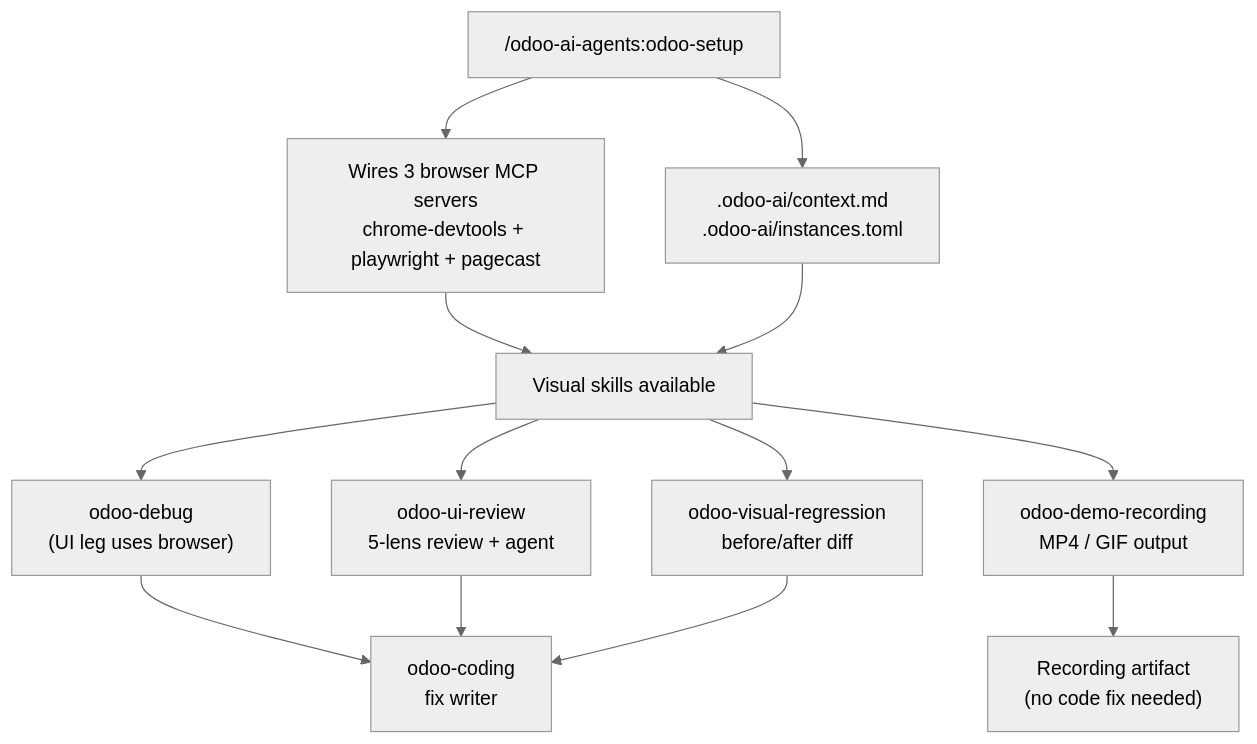
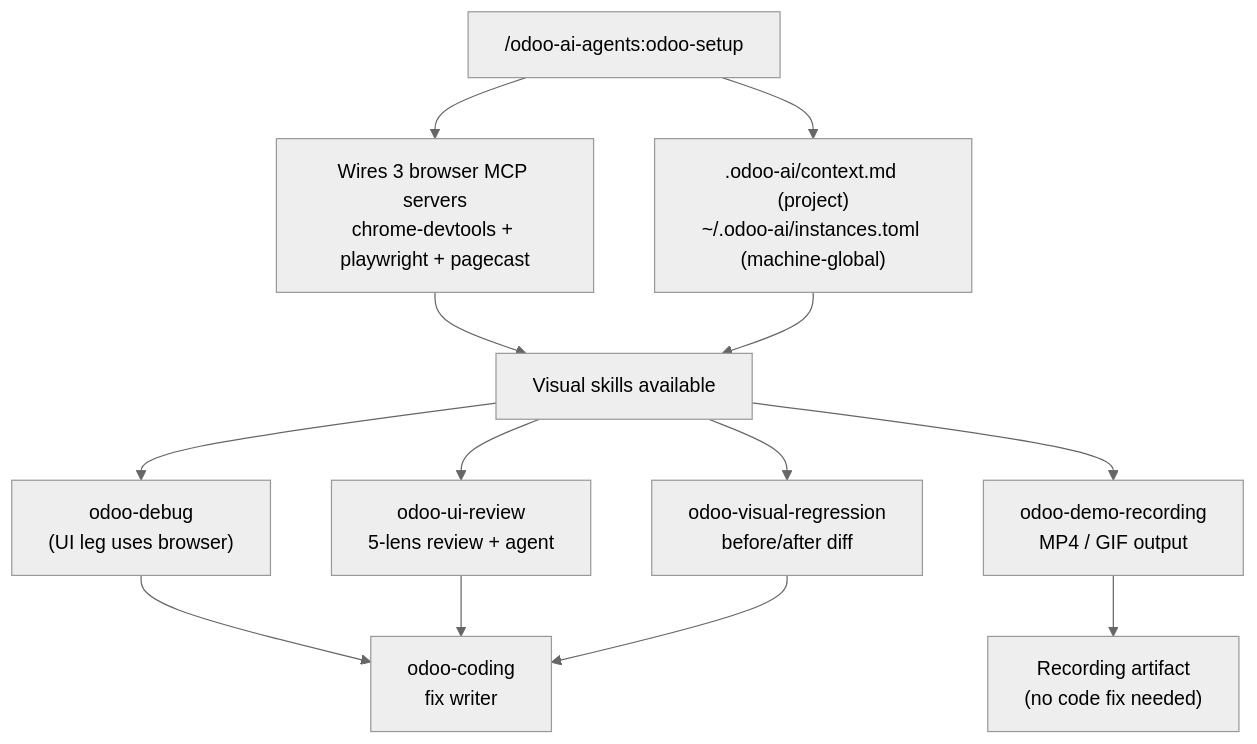
Before and after one commit to Viindoo/odoo-mcp-client: the fifth of 5 diagrams in plugins/odoo-ai-agents/README.md, drawn with Mermaid (neutral theme). The commit also changed 21 other files, not shown here.

First line of the commit message:
feat(odoo-ai-agents): machine-global instances.toml resolvable from any cwd (v3.11.5) (#81)

````diff
--- a/plugins/odoo-ai-agents/README.md
+++ b/plugins/odoo-ai-agents/README.md
@@ -309,20 +309,20 @@
 ```mermaid
 flowchart TD
     SETUP["/odoo-ai-agents:odoo-setup"]
     SETUP --> MCPW["Wires 3 browser MCP servers<br/>chrome-devtools + playwright + pagecast"]
-    SETUP --> CTX[".odoo-ai/context.md<br/>.odoo-ai/instances.toml"]
+    SETUP --> CTX[".odoo-ai/context.md (project)<br/>~/.odoo-ai/instances.toml (machine-global)"]
 
     MCPW --> SK["Visual skills available"]
     CTX --> SK
 
     SK --> UID["odoo-debug<br/>(UI leg uses browser)"]
     SK --> UIR["odoo-ui-review<br/>5-lens review + agent"]
     SK --> VR["odoo-visual-regression<br/>before/after diff"]
     SK --> DR["odoo-demo-recording<br/>MP4 / GIF output"]
 
     UID --> FC["odoo-coding<br/>fix writer"]
     UIR --> FC
     VR --> FC
 
     DR --> MEDIA["Recording artifact<br/>(no code fix needed)"]
 ```
````
